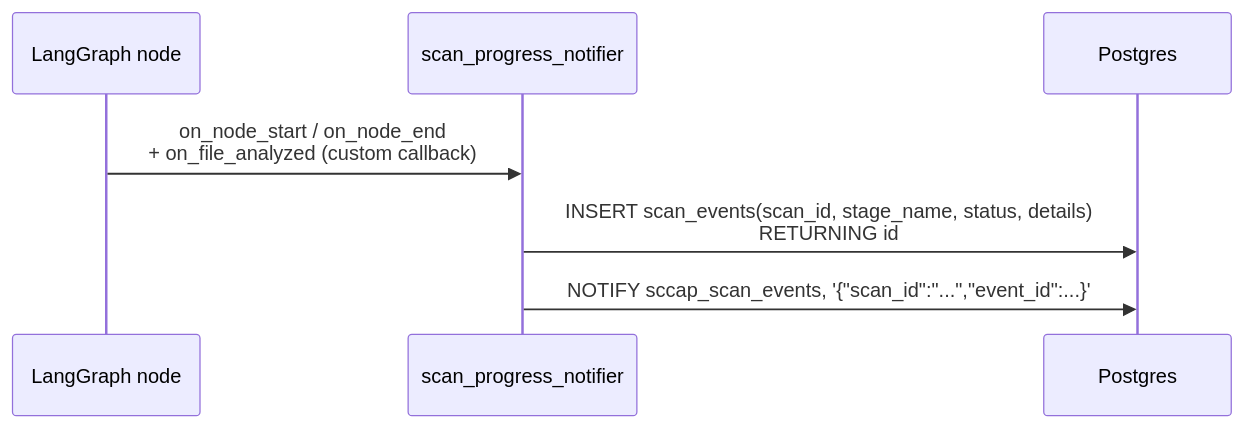
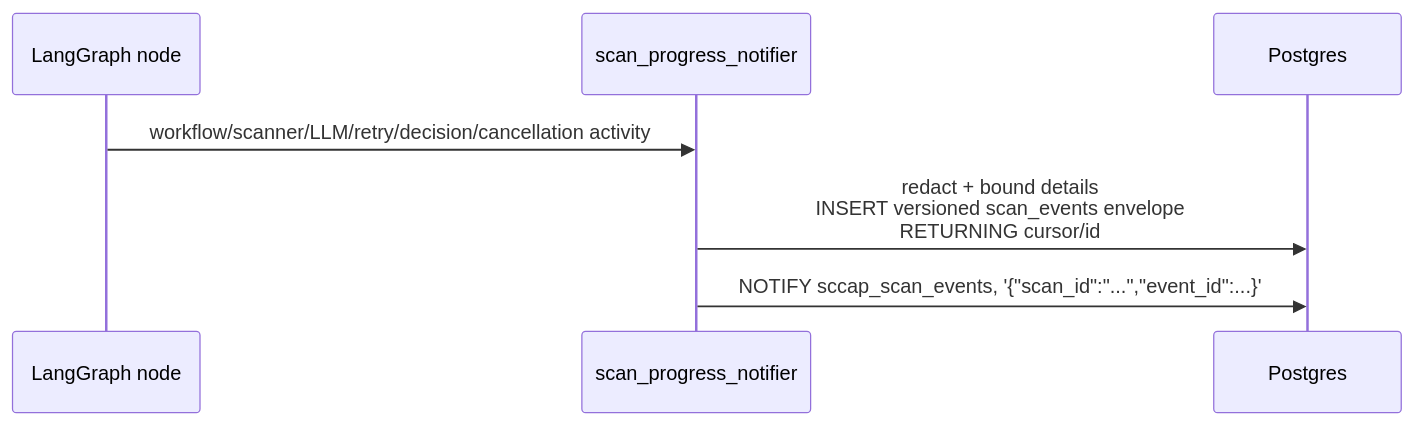
The second of 2 diagrams in docs/docs/architecture/diagrams/09-realtime-sse-streaming.md (nerdy-krishna/ai-secure-coding-compliance-platform), drawn with Mermaid before and after one commit. The commit also changed other lines of this file and 405 other files, not shown here.

````diff
--- a/docs/docs/architecture/diagrams/09-realtime-sse-streaming.md
+++ b/docs/docs/architecture/diagrams/09-realtime-sse-streaming.md
@@ -129,10 +130,10 @@
 ```mermaid
 sequenceDiagram
     participant Node as LangGraph node
     participant Notif as scan_progress_notifier
     participant DB as Postgres
 
-    Node->>Notif: on_node_start / on_node_end<br/>+ on_file_analyzed (custom callback)
-    Notif->>DB: INSERT scan_events(scan_id, stage_name, status, details)<br/>RETURNING id
+    Node->>Notif: workflow/scanner/LLM/retry/decision/cancellation activity
+    Notif->>DB: redact + bound details<br/>INSERT versioned scan_events envelope<br/>RETURNING cursor/id
     Notif->>DB: NOTIFY sccap_scan_events, '{"scan_id":"...","event_id":...}'
 ```
````
